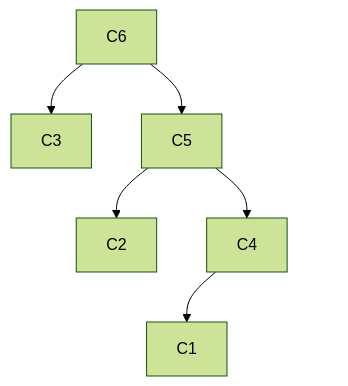
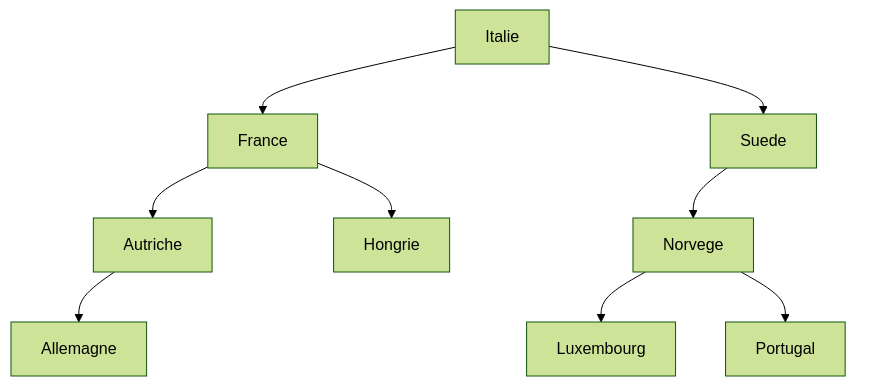
The diagram in docs/Annales/Corriges/22-NSIJ1AN1.md (nsimeyroneinc/NSITerm2024), drawn with Mermaid (forest theme) before and after one commit. The commit also changed other lines of this file and 688 other files, not shown here.

````diff
--- a/docs/Annales/Corriges/22-NSIJ1AN1.md
+++ b/docs/Annales/Corriges/22-NSIJ1AN1.md
@@ -59,11 +107,23 @@
-```mermaid
-    graph TD
-    H["C6"] --> G["C3"]
-    H --> F["C5"]
-    F --> B["C2"]
-    F --> C["C4"]
-    C --> D["C1"]
-    C --> V1[" "]
-    style V1 fill:#FFFFFF, stroke:#FFFFFF
-    linkStyle 5 stroke:#FFFFFF,stroke-width:0px
-```
+    ```mermaid
+        graph TD
+        A["Italie"] --> B["France"]
+        A --> C["Suede"]
+        B --> D["Autriche"]
+        B --> E["Hongrie"]
+        E --> V3[" "]
+        E --> V4[" "]
+        C --> F["Norvege"]
+        C --> V1[" "]
+        D --> H["Allemagne"]
+        D --> V2[" "]
+        F --> G["Luxembourg"]
+        F --> K["Portugal"]
+        style V1 fill:#FFFFFF, stroke:#FFFFFF
+        style V2 fill:#FFFFFF, stroke:#FFFFFF
+        style V3 fill:#FFFFFF, stroke:#FFFFFF
+        style V4 fill:#FFFFFF, stroke:#FFFFFF
+        linkStyle 4 stroke:#FFFFFF,stroke-width:0px
+        linkStyle 5 stroke:#FFFFFF,stroke-width:0px
+        linkStyle 7 stroke:#FFFFFF,stroke-width:0px
+        linkStyle 9 stroke:#FFFFFF,stroke-width:0px
+    ```
````
